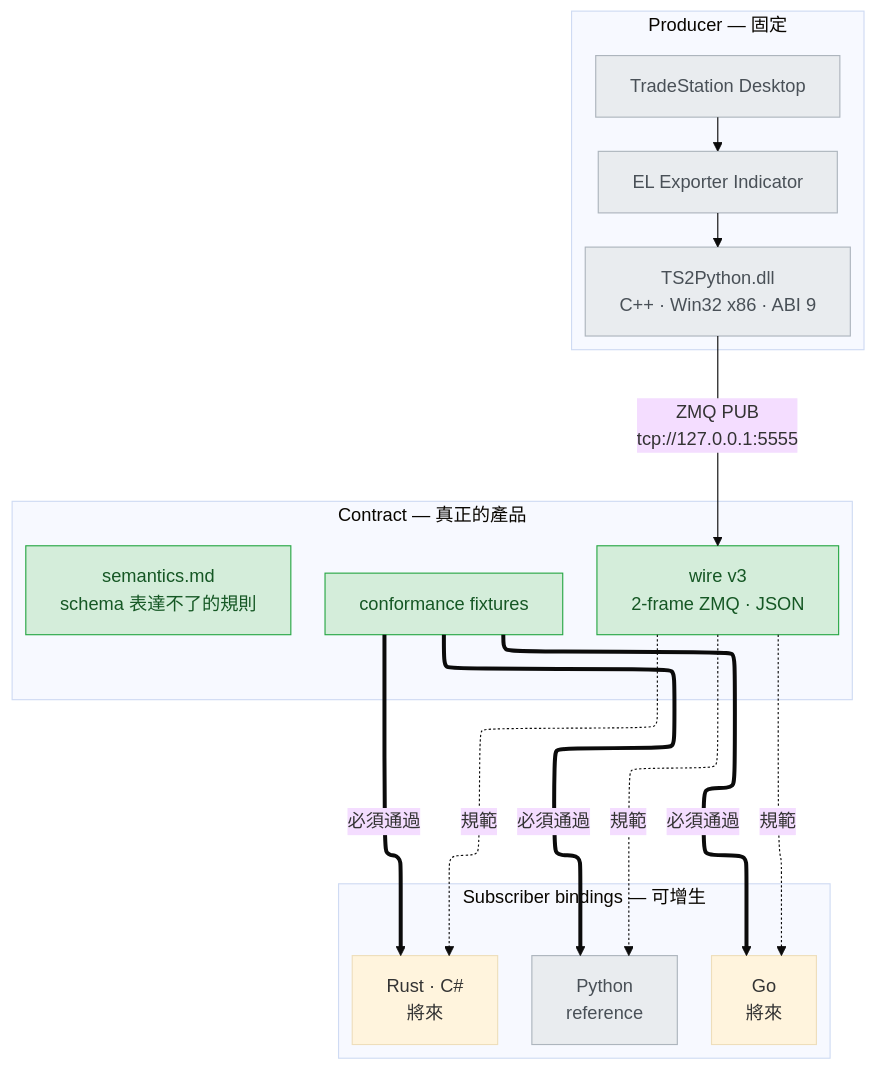
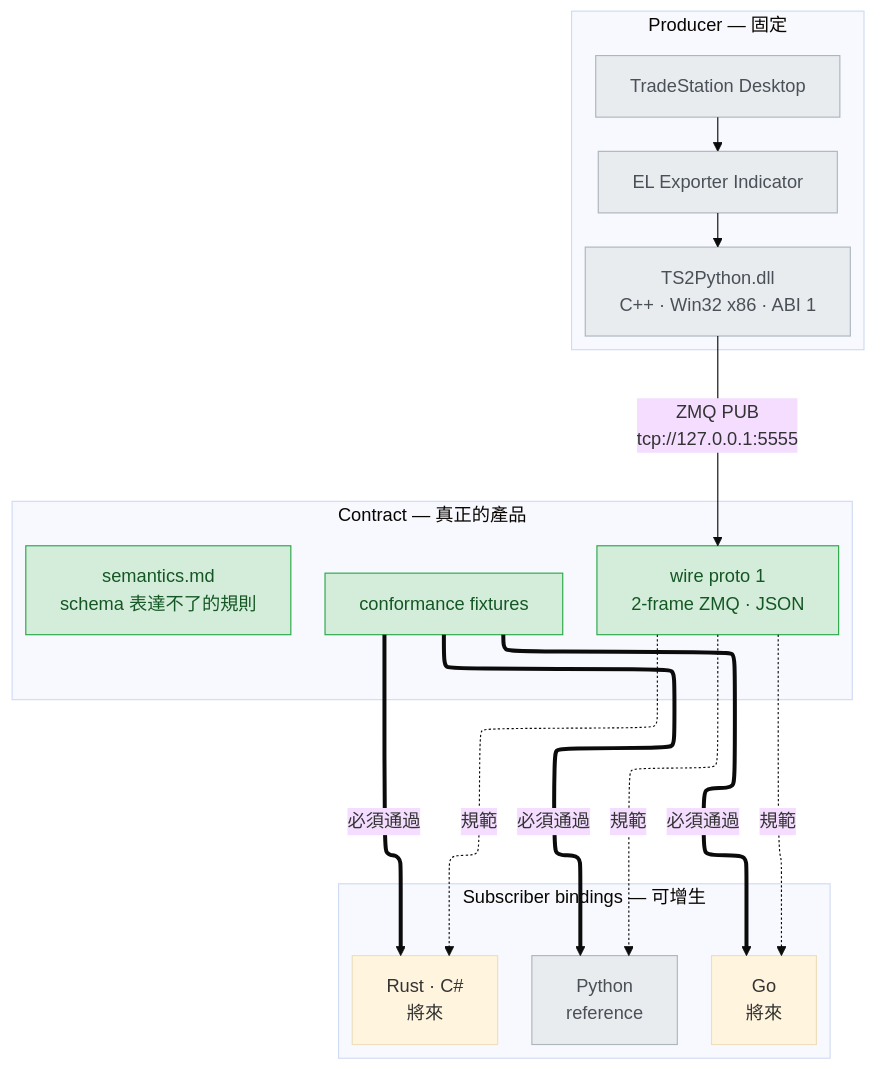
Before and after one commit to millerlai/tradestation-data-provider: the diagram in README.zh-TW.md, drawn with Mermaid (base theme). The commit also changed other lines of this file and 14 other files, not shown here.

````diff
--- a/README.zh-TW.md
+++ b/README.zh-TW.md
@@ -13,38 +16,38 @@
 ```mermaid
 ---
 config:
   flowchart:
     defaultRenderer: elk
 ---
 flowchart TB
     subgraph PROD["Producer — 固定"]
         direction TB
         TS["TradeStation Desktop"]
         EL["EL Exporter Indicator"]
-        DLL["TS2Python.dll<br/>C++ · Win32 x86 · ABI 9"]
+        DLL["TS2Python.dll<br/>C++ · Win32 x86 · ABI 1"]
         TS --> EL --> DLL
     end
     subgraph CON["Contract — 真正的產品"]
-        WIRE["wire v3<br/>2-frame ZMQ · JSON"]
+        WIRE["wire proto 1<br/>2-frame ZMQ · JSON"]
         SEM["semantics.md<br/>schema 表達不了的規則"]
         FIX["conformance fixtures"]
     end
     subgraph BIND["Subscriber bindings — 可增生"]
         direction LR
         PY["Python<br/>reference"]
         GO["Go<br/>將來"]
         RS["Rust · C#<br/>將來"]
     end
     DLL -->|"ZMQ PUB<br/>tcp://127.0.0.1:5555"| WIRE
     WIRE -.->|規範| PY
     WIRE -.->|規範| GO
     WIRE -.->|規範| RS
     FIX ==>|必須通過| PY
     FIX ==>|必須通過| GO
     FIX ==>|必須通過| RS
 
     classDef existing fill:#e9ecef,stroke:#adb5bd,color:#495057
     classDef added fill:#d4edda,stroke:#28a745,color:#155724
     class TS,EL,DLL,PY existing
     class WIRE,SEM,FIX added
 ```
````
